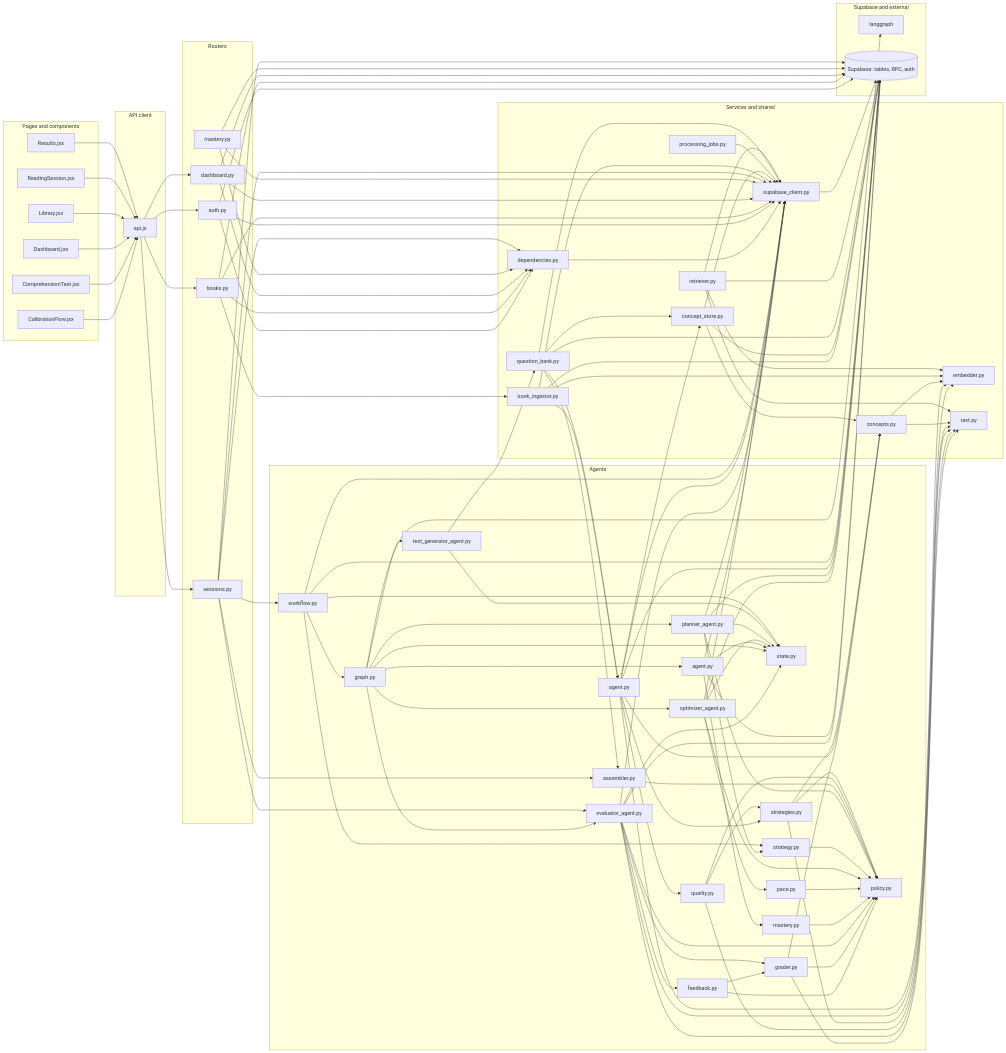
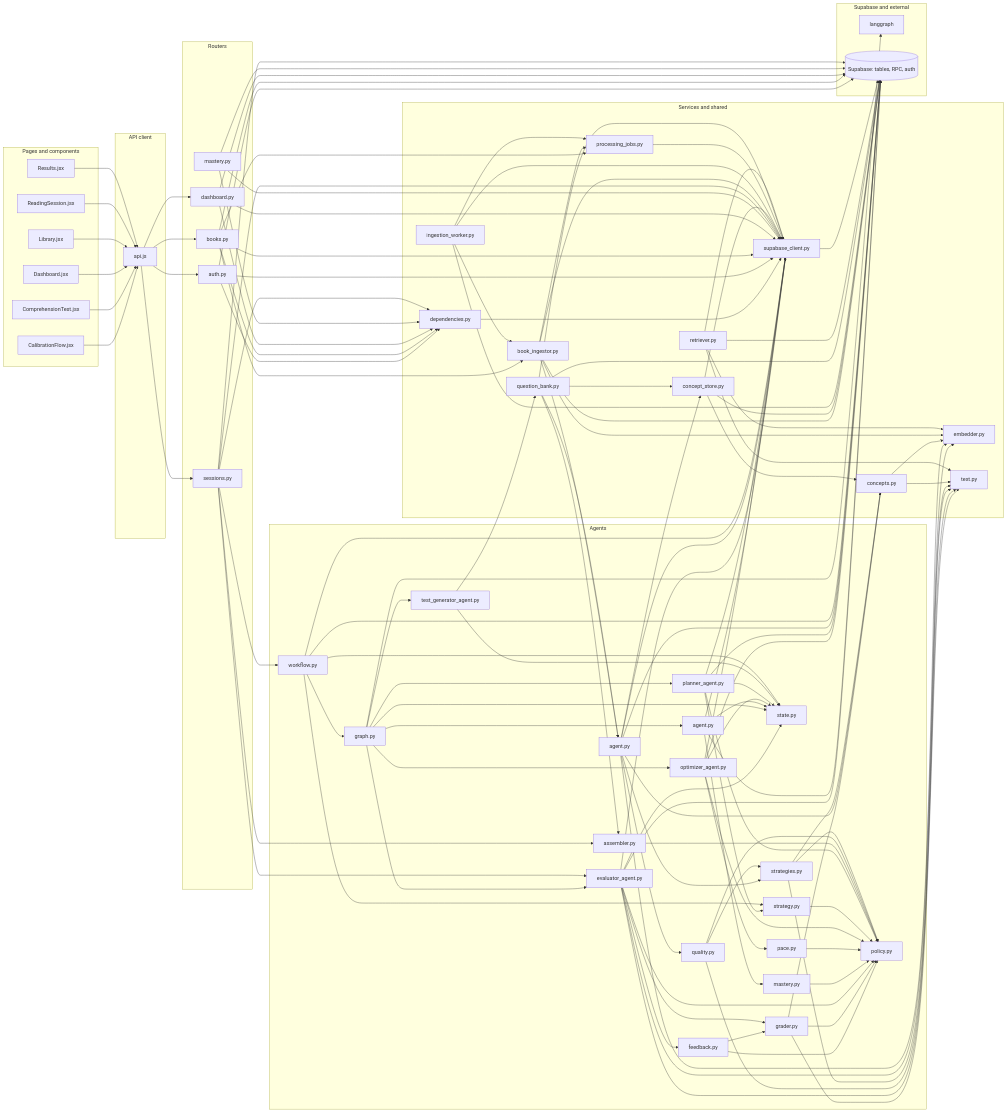
The first of 2 diagrams in docs/repo-graph/REPO_MAP.md (asparagusD/readfocus), drawn with Mermaid before and after one commit. The commit also changed other lines of this file and 13 other files, not shown here.

First line of the commit message:
feat(ingest): durable, resumable ingestion jobs

```diff
--- a/docs/repo-graph/REPO_MAP.md
+++ b/docs/repo-graph/REPO_MAP.md
@@ -57,6 +57,7 @@
     file_backend_nlp_text_py["text.py"]
     file_backend_services_book_ingestor_py["book_ingestor.py"]
     file_backend_services_concept_store_py["concept_store.py"]
+    file_backend_services_ingestion_worker_py["ingestion_worker.py"]
     file_backend_services_processing_jobs_py["processing_jobs.py"]
     file_backend_services_question_bank_py["question_bank.py"]
     file_backend_services_retriever_py["retriever.py"]
@@ -132,6 +133,7 @@
   file_backend_routers_auth_py --> supabase
   file_backend_routers_books_py --> file_backend_dependencies_py
   file_backend_routers_books_py --> file_backend_services_book_ingestor_py
+  file_backend_routers_books_py --> file_backend_services_processing_jobs_py
   file_backend_routers_books_py --> file_backend_services_supabase_client_py
   file_backend_routers_books_py --> supabase
   file_backend_routers_dashboard_py --> file_backend_dependencies_py
@@ -148,11 +150,16 @@
   file_backend_routers_sessions_py --> supabase
   file_backend_services_book_ingestor_py --> file_backend_agents_question_generation_agent_py
   file_backend_services_book_ingestor_py --> file_backend_nlp_embedder_py
+  file_backend_services_book_ingestor_py --> file_backend_services_processing_jobs_py
   file_backend_services_book_ingestor_py --> file_backend_services_supabase_client_py
   file_backend_services_book_ingestor_py --> supabase
   file_backend_services_concept_store_py --> file_backend_nlp_concepts_py
   file_backend_services_concept_store_py --> file_backend_services_supabase_client_py
   file_backend_services_concept_store_py --> supabase
+  file_backend_services_ingestion_worker_py --> file_backend_services_book_ingestor_py
+  file_backend_services_ingestion_worker_py --> file_backend_services_processing_jobs_py
+  file_backend_services_ingestion_worker_py --> file_backend_services_supabase_client_py
+  file_backend_services_ingestion_worker_py --> supabase
   file_backend_services_processing_jobs_py --> file_backend_services_supabase_client_py
   file_backend_services_question_bank_py --> file_backend_agents_question_generation_agent_py
   file_backend_services_question_bank_py --> file_backend_agents_question_generation_assembler_py
```
